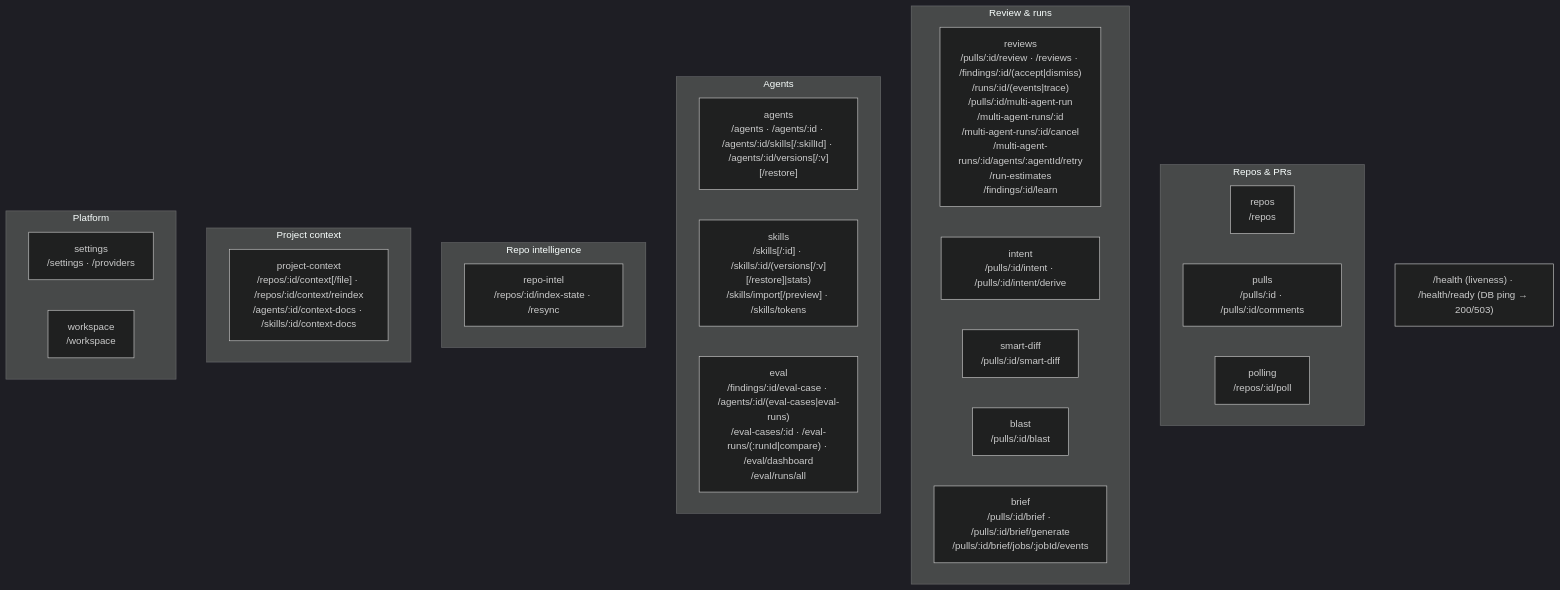
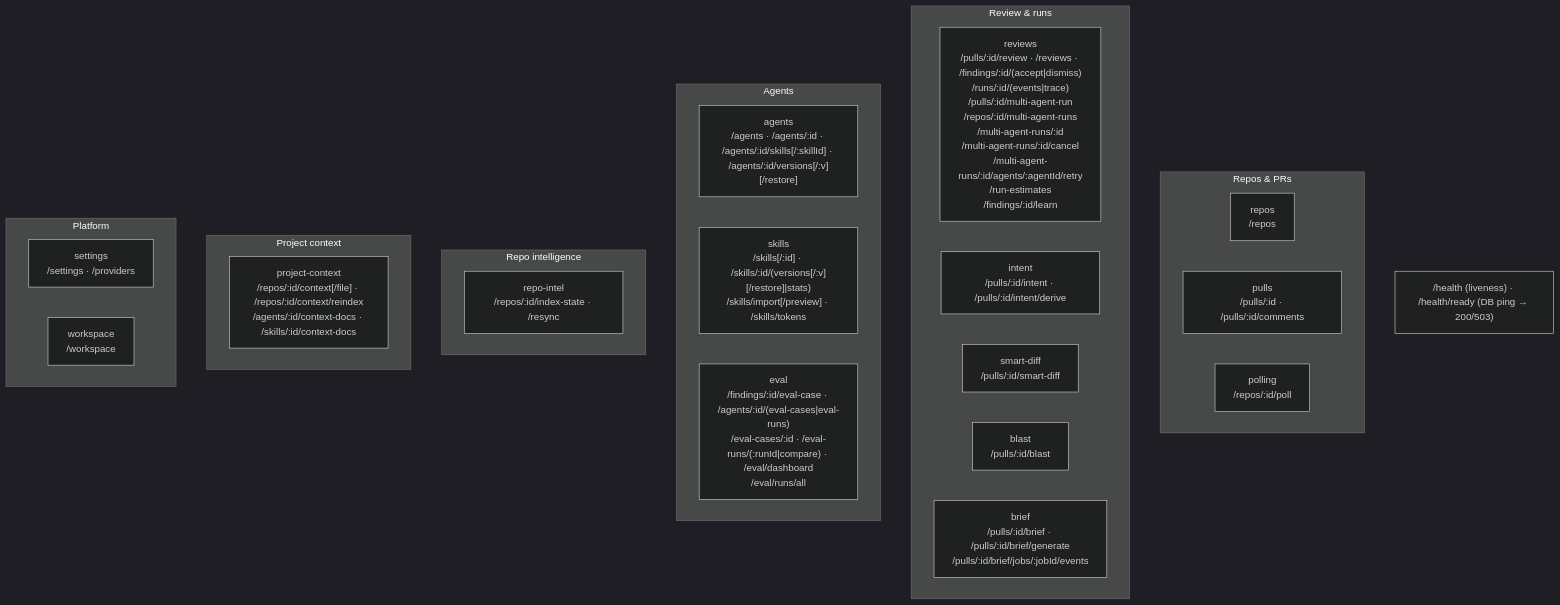
The second of 2 diagrams in server/README.md (shofulk/dev-digest), drawn with Mermaid (dark theme) before and after one commit. The commit also changed other lines of this file and 47 other files, not shown here.

First line of the commit message:
feat(multi-agent-review): Recent runs list and PR-page link to past multi-runs (SPEC-04)

````diff
--- a/server/README.md
+++ b/server/README.md
@@ -64,31 +64,31 @@
 ```mermaid
 flowchart TB
   subgraph Repos_PRs["Repos & PRs"]
     repos["repos<br/>/repos"]
     pulls["pulls<br/>/pulls/:id · /pulls/:id/comments"]
     polling["polling<br/>/repos/:id/poll"]
   end
   subgraph Review["Review & runs"]
-    reviews["reviews<br/>/pulls/:id/review · /reviews · /findings/:id/(accept|dismiss)<br/>/runs/:id/(events|trace)<br/>/pulls/:id/multi-agent-run<br/>/multi-agent-runs/:id<br/>/multi-agent-runs/:id/cancel<br/>/multi-agent-runs/:id/agents/:agentId/retry<br/>/run-estimates<br/>/findings/:id/learn"]
+    reviews["reviews<br/>/pulls/:id/review · /reviews · /findings/:id/(accept|dismiss)<br/>/runs/:id/(events|trace)<br/>/pulls/:id/multi-agent-run<br/>/repos/:id/multi-agent-runs<br/>/multi-agent-runs/:id<br/>/multi-agent-runs/:id/cancel<br/>/multi-agent-runs/:id/agents/:agentId/retry<br/>/run-estimates<br/>/findings/:id/learn"]
     intent["intent<br/>/pulls/:id/intent · /pulls/:id/intent/derive"]
     smartDiff["smart-diff<br/>/pulls/:id/smart-diff"]
     blast["blast<br/>/pulls/:id/blast"]
     brief["brief<br/>/pulls/:id/brief · /pulls/:id/brief/generate<br/>/pulls/:id/brief/jobs/:jobId/events"]
   end
   subgraph Agents["Agents"]
     agents["agents<br/>/agents · /agents/:id · /agents/:id/skills[/:skillId] · /agents/:id/versions[/:v][/restore]"]
     skills["skills<br/>/skills[/:id] · /skills/:id/(versions[/:v][/restore]|stats)<br/>/skills/import[/preview] · /skills/tokens"]
     evals["eval<br/>/findings/:id/eval-case · /agents/:id/(eval-cases|eval-runs)<br/>/eval-cases/:id · /eval-runs/(:runId|compare) · /eval/dashboard<br/>/eval/runs/all"]
   end
   subgraph Intel["Repo intelligence"]
     repoIntel["repo-intel<br/>/repos/:id/index-state · /resync"]
   end
   subgraph ProjectContext["Project context"]
     projectContext["project-context<br/>/repos/:id/context[/file] · /repos/:id/context/reindex<br/>/agents/:id/context-docs · /skills/:id/context-docs"]
   end
   subgraph Platform["Platform"]
     settings["settings<br/>/settings · /providers"]
     workspace["workspace<br/>/workspace"]
   end
   HEALTH["/health (liveness) · /health/ready (DB ping → 200/503)"]
 ```
````
